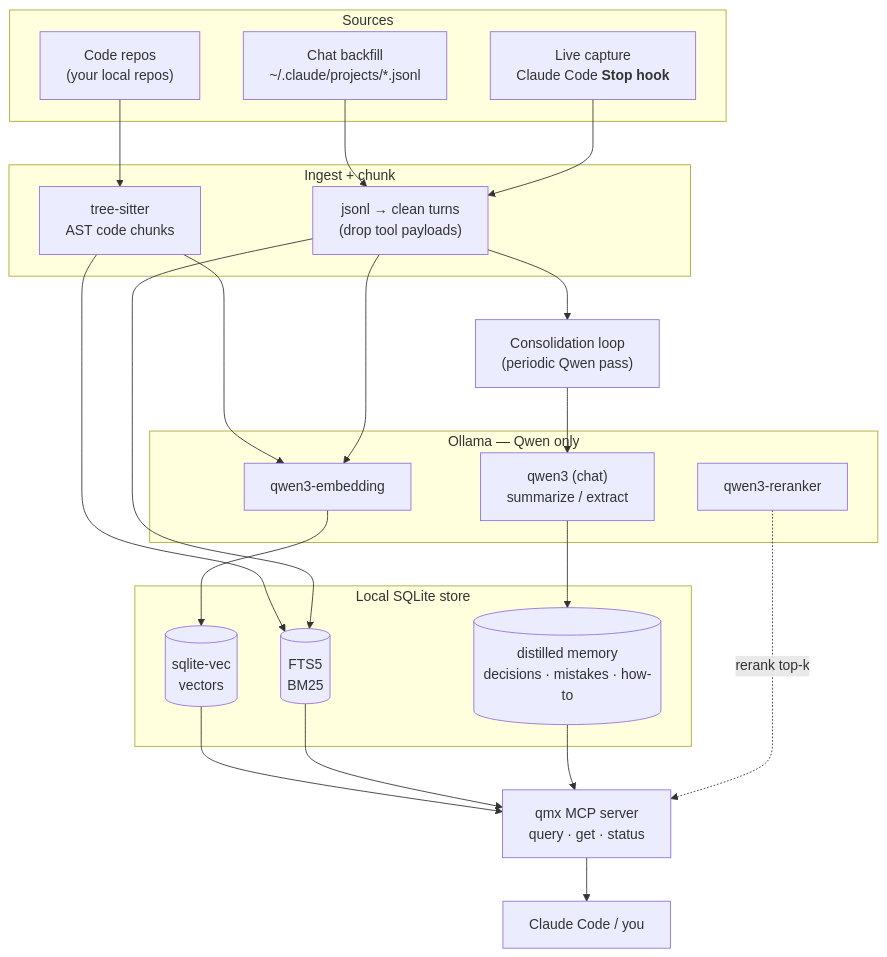
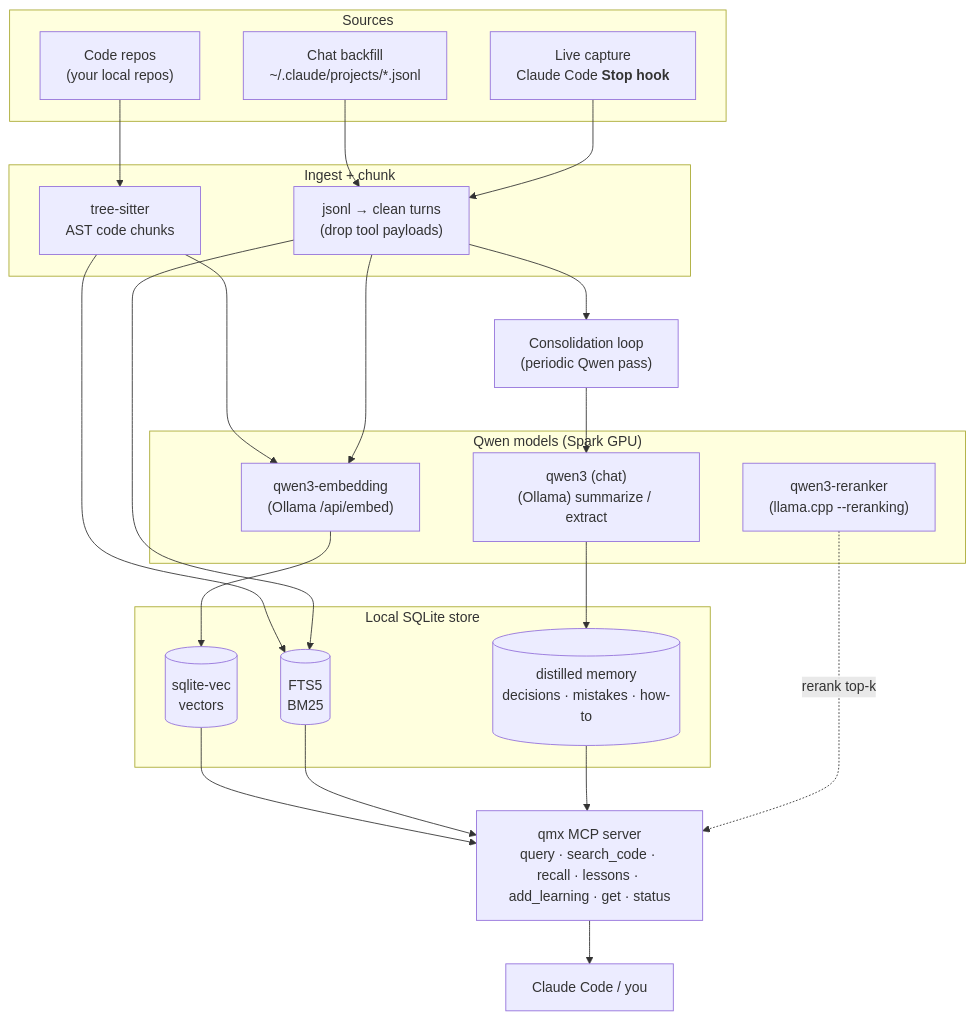
The first of 2 diagrams in plan/qmx-architecture.md (the-dsvolk/qmx), drawn with Mermaid before and after one commit. The commit also changed 6 other files, not shown here.

````diff
--- a/plan/qmx-architecture.md
+++ b/plan/qmx-architecture.md
@@ -13,48 +13,48 @@
 ```mermaid
 flowchart TB
   subgraph SRC["Sources"]
     C["Code repos<br/>(your local repos)"]
     B["Chat backfill<br/>~/.claude/projects/*.jsonl"]
     H["Live capture<br/>Claude Code <b>Stop hook</b>"]
   end
 
   subgraph ING["Ingest + chunk"]
     CC["tree-sitter<br/>AST code chunks"]
     CH["jsonl → clean turns<br/>(drop tool payloads)"]
   end
 
-  subgraph OLL["Ollama — Qwen only"]
-    E["qwen3-embedding"]
-    R["qwen3-reranker"]
-    SUM["qwen3 (chat)<br/>summarize / extract"]
+  subgraph OLL["Qwen models (Spark GPU)"]
+    E["qwen3-embedding<br/>(Ollama /api/embed)"]
+    R["qwen3-reranker<br/>(llama.cpp --reranking)"]
+    SUM["qwen3 (chat)<br/>(Ollama) summarize / extract"]
   end
 
   subgraph STORE["Local SQLite store"]
     V[("sqlite-vec<br/>vectors")]
     F[("FTS5<br/>BM25")]
     L[("distilled memory<br/>decisions · mistakes · how-to")]
   end
 
   CON["Consolidation loop<br/>(periodic Qwen pass)"]
-  MCP["qmx MCP server<br/>query · get · status"]
+  MCP["qmx MCP server<br/>query · search_code · recall · lessons · add_learning · get · status"]
   USER["Claude Code / you"]
 
   C --> CC
   B --> CH
   H --> CH
   CC --> E
   CH --> E
   CC --> F
   CH --> F
   E --> V
 
   CH --> CON
   CON --> SUM
   SUM --> L
 
   V --> MCP
   F --> MCP
   L --> MCP
   R -. "rerank top-k" .-> MCP
   MCP --> USER
 ```
````
